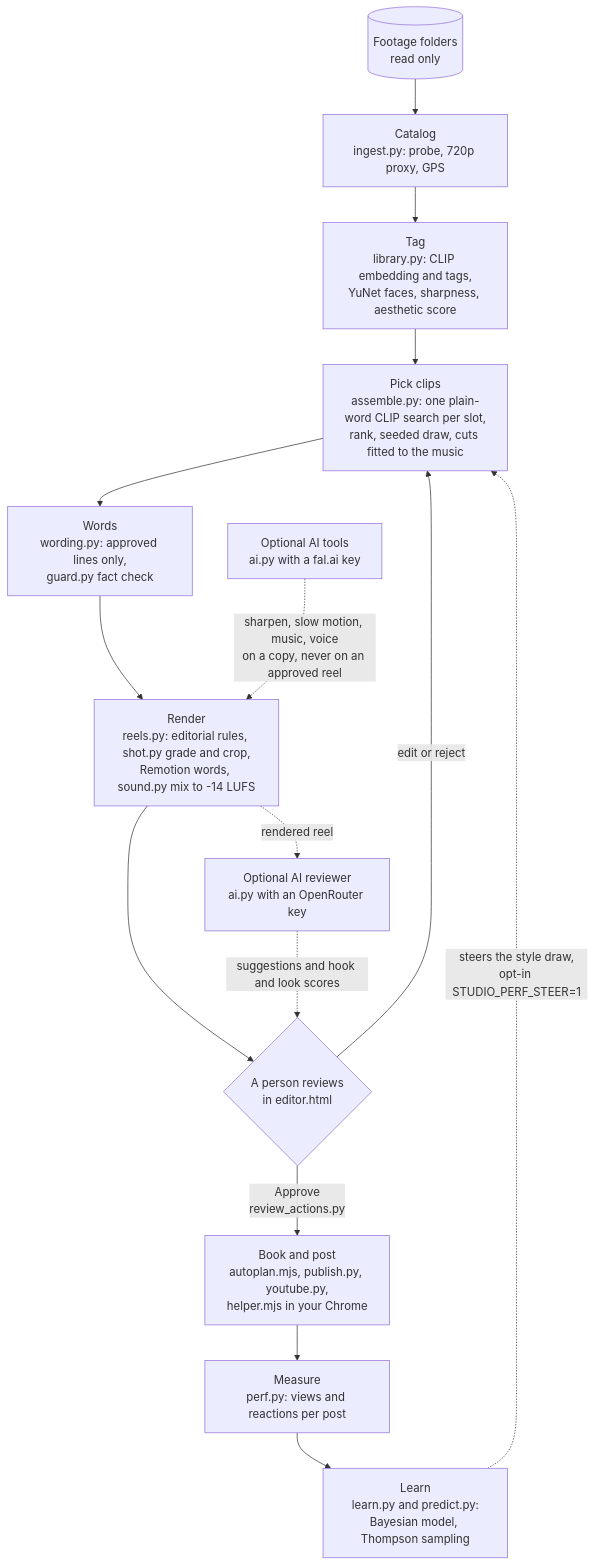
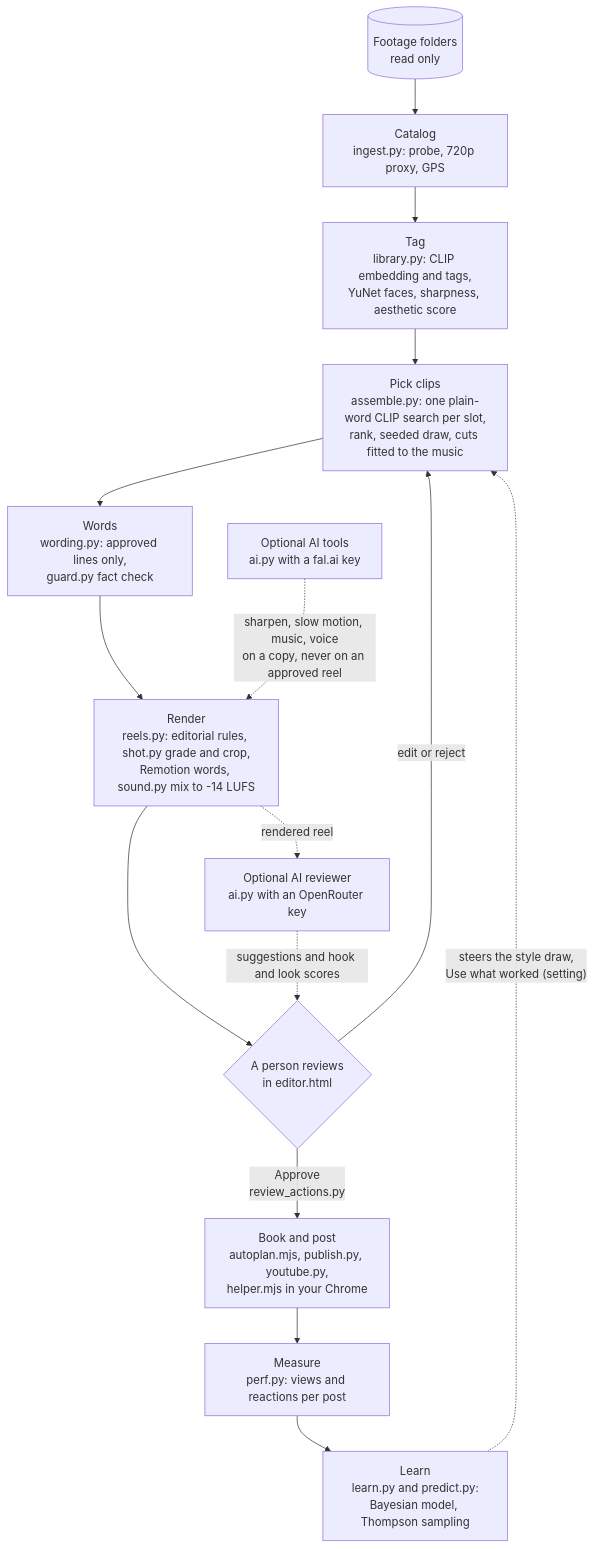
The second of 5 diagrams in docs/architecture.md (kensaurus/lazycow-studio), drawn with Mermaid before and after one commit. The commit also changed other lines of this file and 46 other files, not shown here.

````diff
--- a/docs/architecture.md
+++ b/docs/architecture.md
@@ -70,17 +70,17 @@
 ```mermaid
 flowchart TD
   F[("Footage folders<br/>read only")] --> I["Catalog<br/>ingest.py: probe, 720p proxy, GPS"]
   I --> T["Tag<br/>library.py: CLIP embedding and tags,<br/>YuNet faces, sharpness, aesthetic score"]
   T --> P["Pick clips<br/>assemble.py: one plain-word CLIP search per slot,<br/>rank, seeded draw, cuts fitted to the music"]
   P --> W["Words<br/>wording.py: approved lines only,<br/>guard.py fact check"]
   W --> B["Render<br/>reels.py: editorial rules, shot.py grade and crop,<br/>Remotion words, sound.py mix to -14 LUFS"]
   B --> R{"A person reviews<br/>in editor.html"}
   R -- "edit or reject" --> P
   R -- "Approve<br/>review_actions.py" --> S["Book and post<br/>autoplan.mjs, publish.py, youtube.py,<br/>helper.mjs in your Chrome"]
   S --> M["Measure<br/>perf.py: views and reactions per post"]
   M --> L["Learn<br/>learn.py and predict.py:<br/>Bayesian model, Thompson sampling"]
-  L -. "steers the style draw,<br/>opt-in STUDIO_PERF_STEER=1" .-> P
+  L -. "steers the style draw,<br/>Use what worked (setting)" .-> P
   X["Optional AI tools<br/>ai.py with a fal.ai key"] -. "sharpen, slow motion, music, voice<br/>on a copy, never on an approved reel" .-> B
   B -. "rendered reel" .-> V["Optional AI reviewer<br/>ai.py with an OpenRouter key"]
   V -. "suggestions and hook and look scores" .-> R
 ```
````
